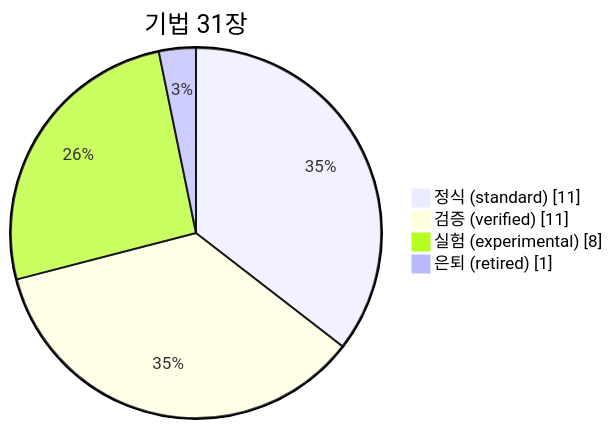
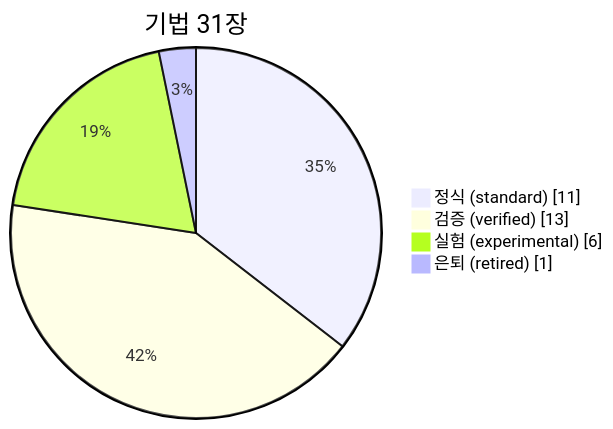
One commit to csbakk/clone-kb changed the diagram in README.md. Above: the diagram before and after it, drawn with Mermaid. The commit also changed other lines of this file and 7 other files, not shown here.

````diff
--- a/README.md
+++ b/README.md
@@ -20,8 +21,8 @@
 ```mermaid
 pie showData
     title 기법 31장
     "정식 (standard)" : 11
-    "검증 (verified)" : 11
-    "실험 (experimental)" : 8
+    "검증 (verified)" : 13
+    "실험 (experimental)" : 6
     "은퇴 (retired)" : 1
 ```
````
